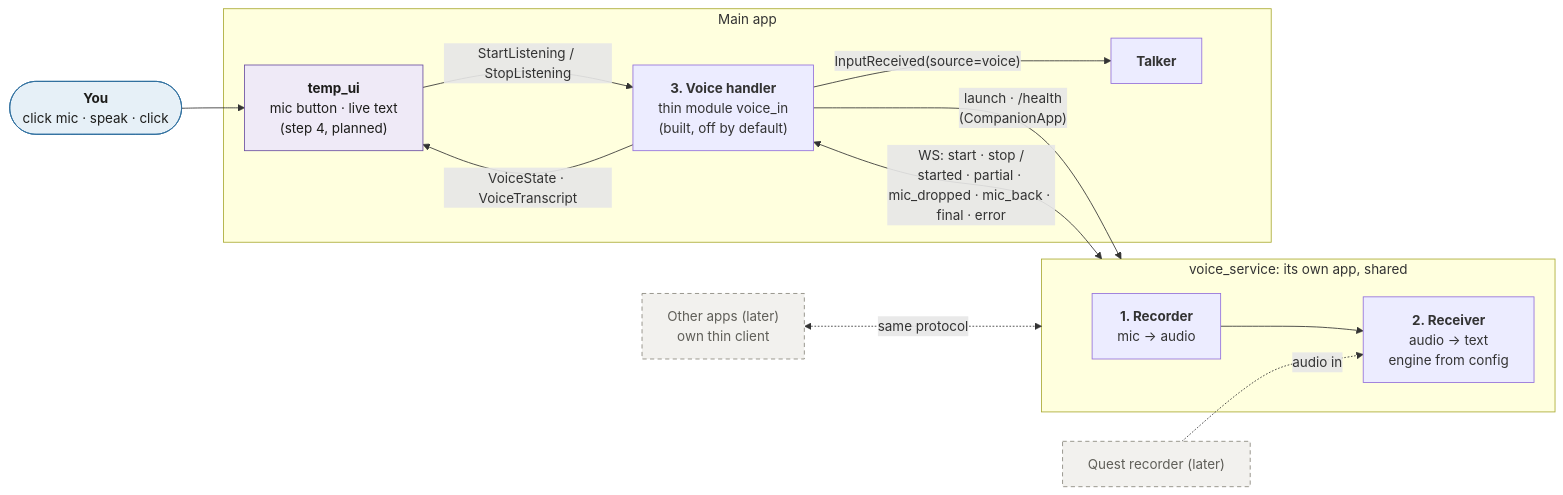
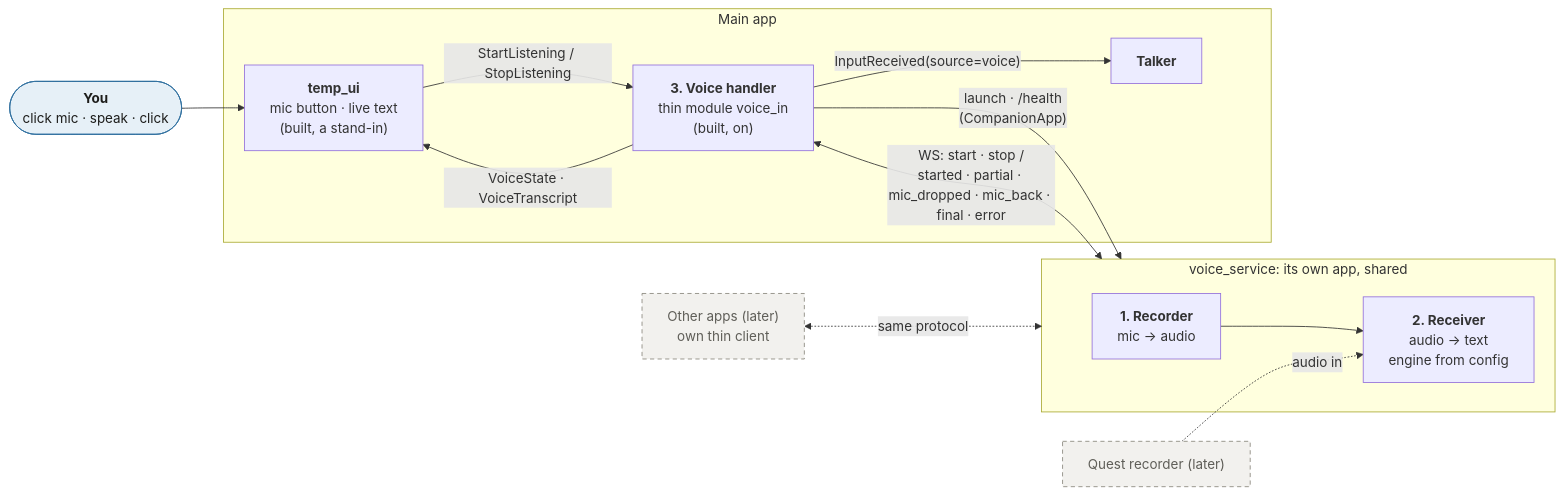
The first of 4 diagrams in docs/architecture/voice.md (sharramon/AI_Assistant), drawn with Mermaid before and after one commit. The commit also changed other lines of this file and 20 other files, not shown here.

Commit message:
Voice in step 4: the temp UI's mic button and live line

````diff
--- a/docs/architecture/voice.md
+++ b/docs/architecture/voice.md
@@ -25,31 +27,30 @@
 ```mermaid
 flowchart LR
     You(["<b>You</b><br/>click mic · speak · click"])
     subgraph Svc["voice_service: its own app, shared"]
         Rec["<b>1. Recorder</b><br/>mic → audio"]
         Eng["<b>2. Receiver</b><br/>audio → text<br/>engine from config"]
         Rec --> Eng
     end
     subgraph Main["Main app"]
-        UI["<b>temp_ui</b><br/>mic button · live text<br/>(step 4, planned)"]
-        Handler["<b>3. Voice handler</b><br/>thin module voice_in<br/>(built, off by default)"]
+        UI["<b>temp_ui</b><br/>mic button · live text<br/>(built, a stand-in)"]
+        Handler["<b>3. Voice handler</b><br/>thin module voice_in<br/>(built, on)"]
         Talker["<b>Talker</b>"]
     end
     Other["Other apps (later)<br/>own thin client"]
     Quest["Quest recorder (later)"]
     You --> UI
     UI -- "StartListening / StopListening" --> Handler
     Handler -- "launch · /health<br/>(CompanionApp)" --> Svc
     Handler <-- "WS: start · stop /<br/>started · partial · mic_dropped · mic_back · final · error" --> Svc
     Handler -- "VoiceState · VoiceTranscript" --> UI
     Handler -- "InputReceived(source=voice)" --> Talker
     Other <-. "same protocol" .-> Svc
     Quest -. "audio in" .-> Eng
 
     classDef planned fill:#efeaf7,stroke:#6b4fa0,color:#1d1d1b
     classDef later fill:#f2f1ee,stroke:#8a877c,stroke-dasharray:5 4,color:#5f5e58
     classDef person fill:#e6f0f7,stroke:#2f6f9f,color:#1d1d1b
-    class UI planned
     class Other,Quest later
     class You person
 ```
````
